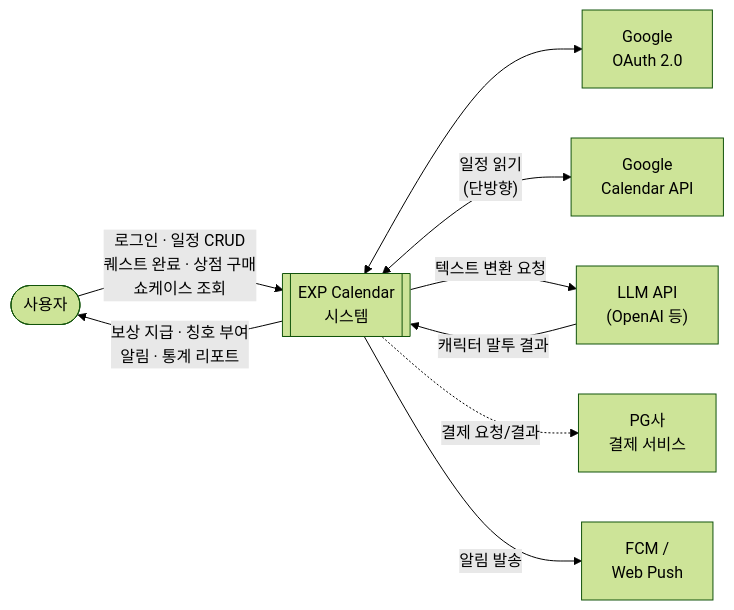
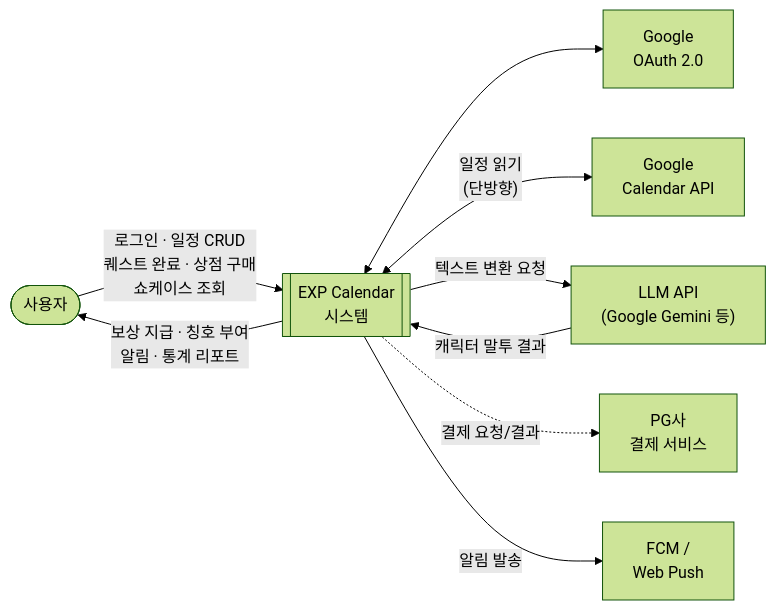
The first of 5 diagrams in docs/for_ai/planning/requirements_ieee830_v1.3.md (CatPope/EXP-Calendar), drawn with Mermaid (forest theme) before and after one commit. The commit also changed other lines of this file and 3 other files, not shown here.

First line of the commit message:
docs(llm): LLM 벤더 표기 OpenAI → Gemini 정합화

````diff
--- a/docs/for_ai/planning/requirements_ieee830_v1.3.md
+++ b/docs/for_ai/planning/requirements_ieee830_v1.3.md
@@ -141,20 +141,20 @@
 ```mermaid
 flowchart LR
     User([사용자])
     System[["EXP Calendar\n시스템"]]
     Google["Google\nCalendar API"]
     GoogleAuth["Google\nOAuth 2.0"]
-    LLM["LLM API\n(OpenAI 등)"]
+    LLM["LLM API\n(Google Gemini 등)"]
     PG["PG사\n결제 서비스"]
     Push["FCM /\nWeb Push"]
 
     User -- "로그인 · 일정 CRUD\n퀘스트 완료 · 상점 구매\n쇼케이스 조회" --> System
     System -- "보상 지급 · 칭호 부여\n알림 · 통계 리포트" --> User
 
     System <--> GoogleAuth
     System <--> |"일정 읽기\n(단방향)"| Google
     System -- "텍스트 변환 요청" --> LLM
     LLM -- "캐릭터 말투 결과" --> System
     System -.-> |"결제 요청/결과"| PG
     System -- "알림 발송" --> Push
 ```
````
